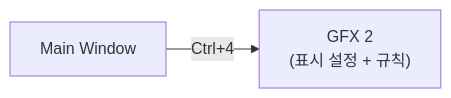
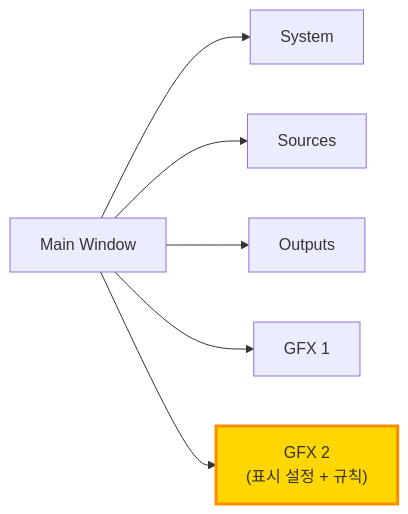
The ninth of 14 diagrams in docs/01_PokerGFX_Analysis/PRD-0004-EBS-Server-UI-Design.md (garimto81/ebs), drawn with Mermaid before and after one commit. The commit also changed other lines of this file, not shown here.

First line of the commit message:
docs(prd-0004): 탭 순서 재정의 및 Ctrl+ 단축키 제거 (v20.0.0)

````diff
--- a/docs/01_PokerGFX_Analysis/PRD-0004-EBS-Server-UI-Design.md
+++ b/docs/01_PokerGFX_Analysis/PRD-0004-EBS-Server-UI-Design.md
@@ -645,4 +766,15 @@
 ```mermaid
 flowchart LR
-    MW["Main Window"] -->|"Ctrl+4"| GFX2["GFX 2<br/>(표시 설정 + 규칙)"]
+    MW["Main Window"]
+    SYS["System"]
+    SRC["Sources"]
+    OUT["Outputs"]
+    GFX1["GFX 1"]
+    GFX2["GFX 2<br/>(표시 설정 + 규칙)"]
+    style GFX2 fill:#FFD700,stroke:#FF8C00,stroke-width:3px
+    MW --> SYS
+    MW --> SRC
+    MW --> OUT
+    MW --> GFX1
+    MW --> GFX2
 ```
````
